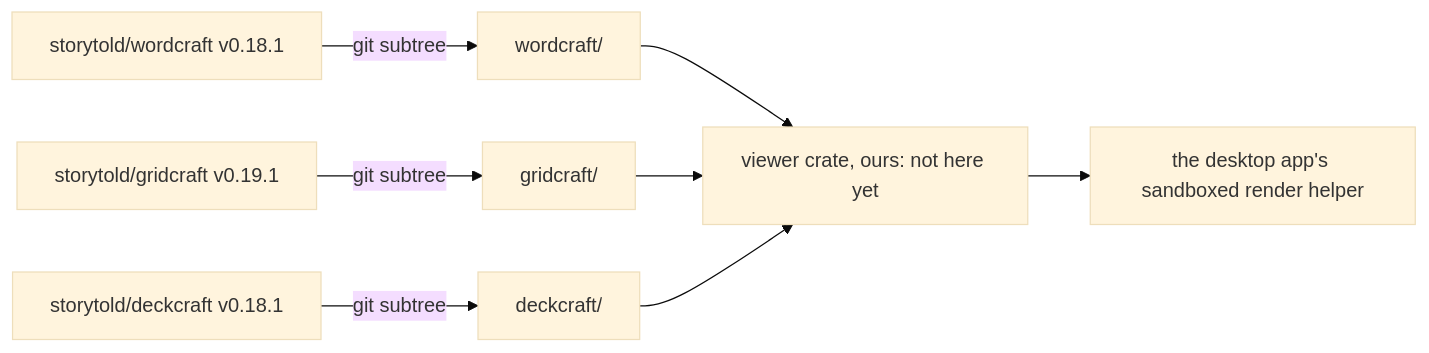
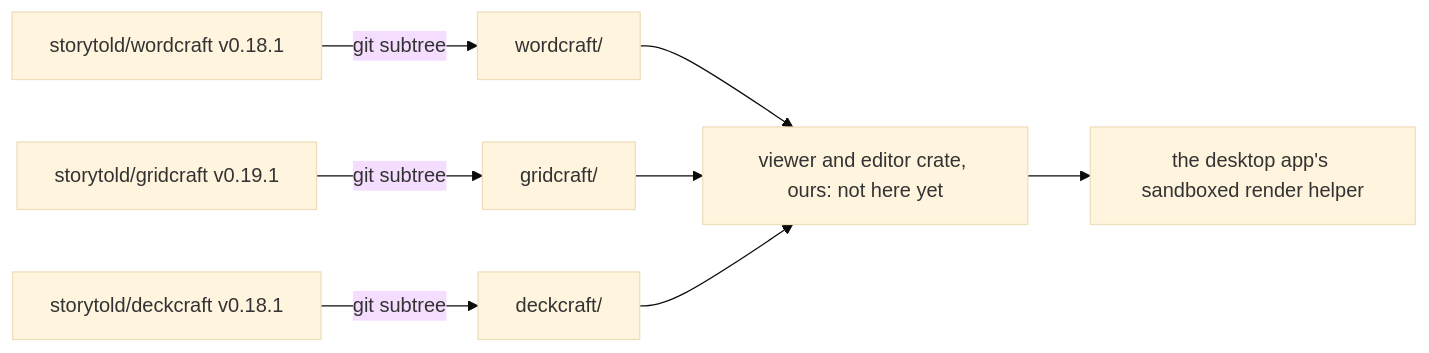
One commit to beebeeb-io/desktop-office changed the diagram in README.md. Above: the diagram before and after it, drawn with Mermaid (base theme). The commit also changed other lines of this file, not shown here.

First line of the commit message:
README: viewer and editor; what an editor links (measured); the repository is public

````diff
--- a/README.md
+++ b/README.md
@@ -25,10 +26,10 @@
 ```mermaid
 flowchart LR
   U1[storytold/wordcraft v0.18.1] -->|git subtree| W[wordcraft/]
   U2[storytold/gridcraft v0.19.1] -->|git subtree| G[gridcraft/]
   U3[storytold/deckcraft v0.18.1] -->|git subtree| D[deckcraft/]
-  W --> V[viewer crate, ours: not here yet]
+  W --> V[viewer and editor crate, ours: not here yet]
   G --> V
   D --> V
   V --> H[the desktop app's sandboxed render helper]
 ```
````
